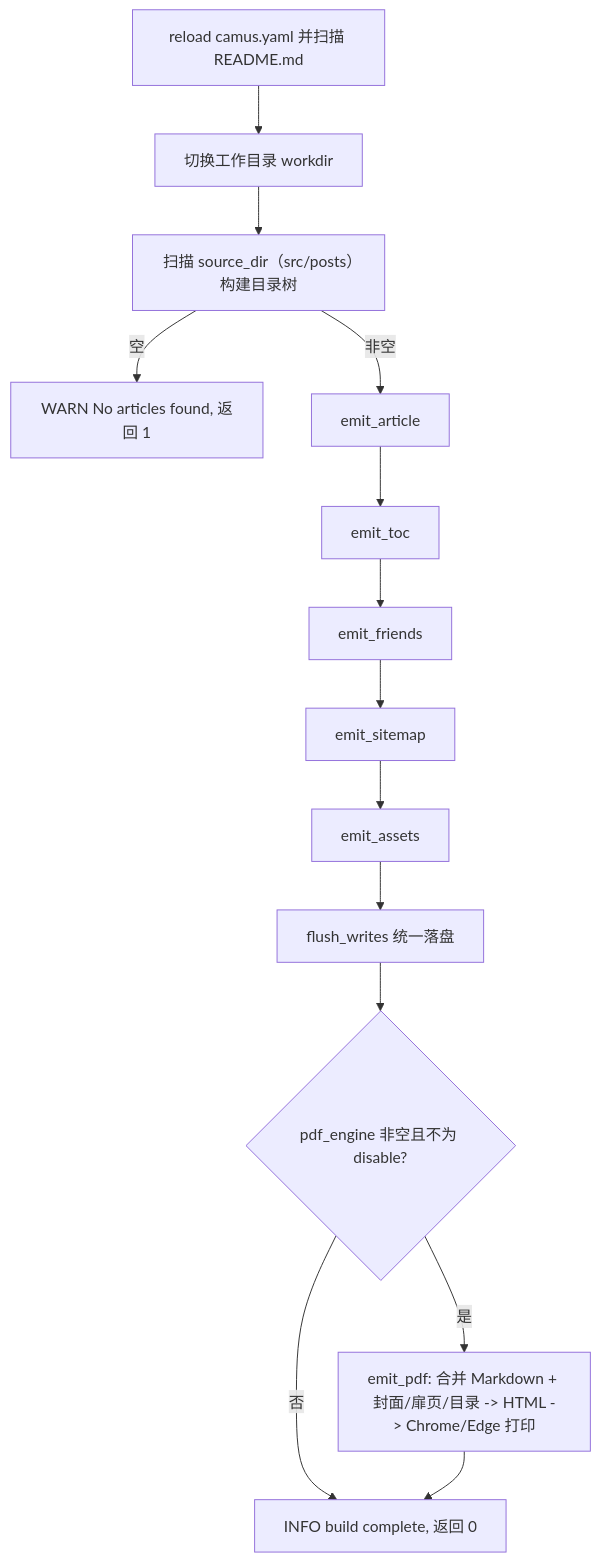
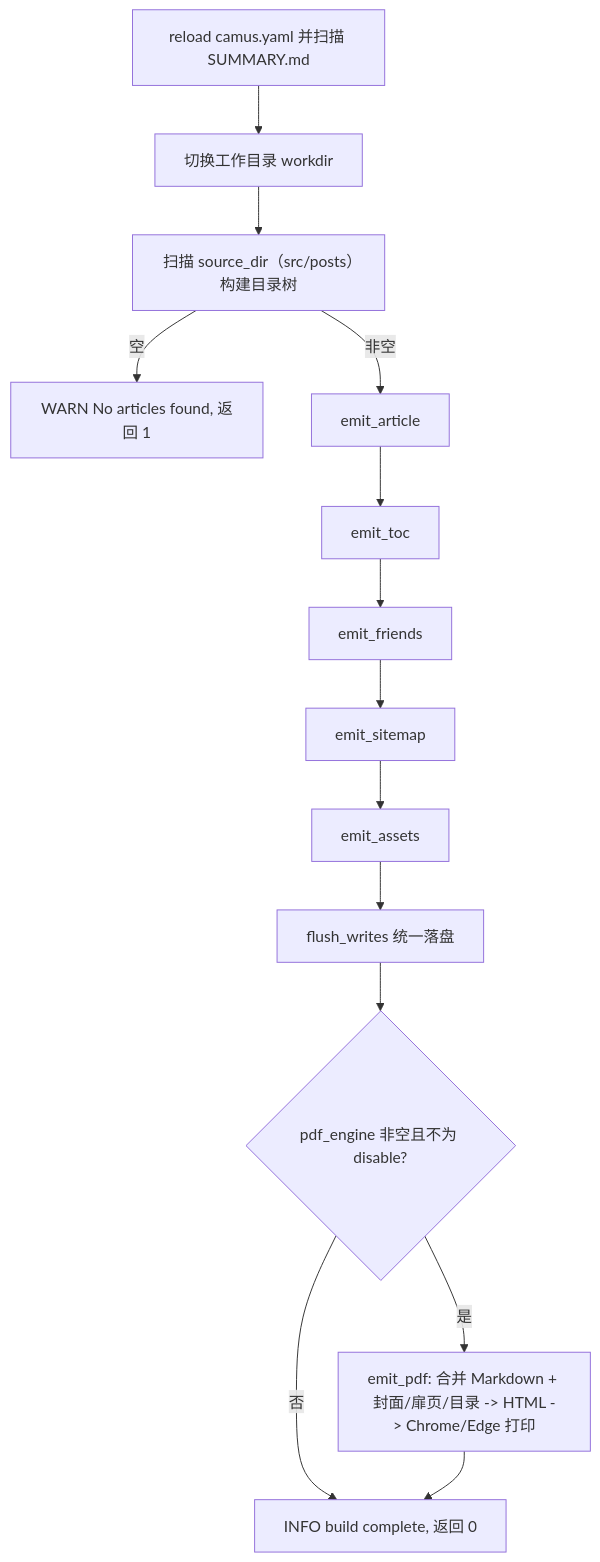
One commit to o8x/camus changed the diagram in docs/prd/01-overview.md. Above: the diagram before and after it, drawn with Mermaid. The commit also changed other lines of this file and 16 other files, not shown here.

````diff
--- a/docs/prd/01-overview.md
+++ b/docs/prd/01-overview.md
@@ -55,16 +55,16 @@
 ```mermaid
 flowchart TD
-    A[reload camus.yaml 并扫描 README.md] --> B[切换工作目录 workdir]
+    A[reload camus.yaml 并扫描 SUMMARY.md] --> B[切换工作目录 workdir]
     B --> C[扫描 source_dir（src/posts）构建目录树]
     C -->|空| W[WARN No articles found, 返回 1]
     C -->|非空| D[emit_article]
     D --> E[emit_toc]
     E --> F[emit_friends]
     F --> G[emit_sitemap]
     G --> H[emit_assets]
     H --> I[flush_writes 统一落盘]
     I --> P{pdf_engine 非空且不为 disable?}
     P -->|是| Q[emit_pdf: 合并 Markdown + 封面/扉页/目录 -> HTML -> Chrome/Edge 打印]
     P -->|否| J
     Q --> J[INFO build complete, 返回 0]
 ```
````
